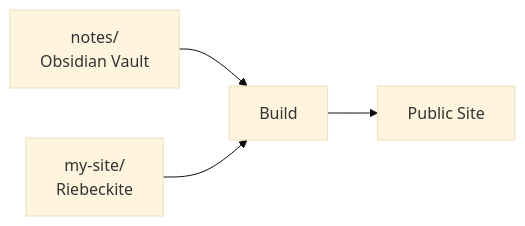
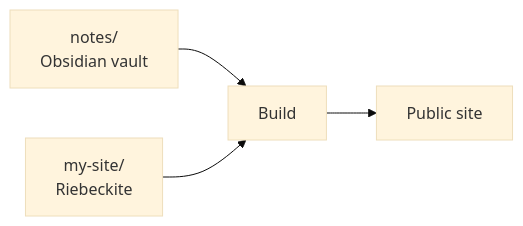
One commit to Rerurate514/riebeckite changed the third of 7 diagrams in docs/docs/guides/obsidian.md. Above: the diagram before and after it, drawn with Mermaid (base theme). The commit also changed other lines of this file and 604 other files, not shown here.

````diff
--- a/docs/docs/guides/obsidian.md
+++ b/docs/docs/guides/obsidian.md
@@ -189,11 +191,11 @@
-```mermaid id="yt9bfr"
+```mermaid
 flowchart LR
-    Vault["notes/<br/>Obsidian Vault"]
+    Vault["notes/<br/>Obsidian vault"]
     Site["my-site/<br/>Riebeckite"]
     Build["Build"]
-    Public["Public Site"]
+    Public["Public site"]
 
     Vault --> Build
     Site --> Build
     Build --> Public
 ```
````
